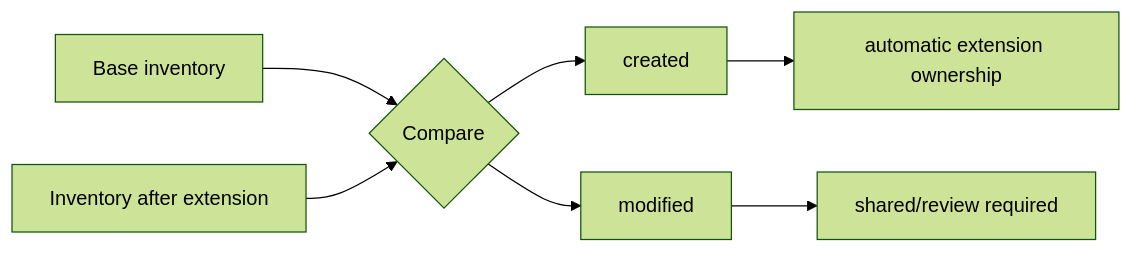
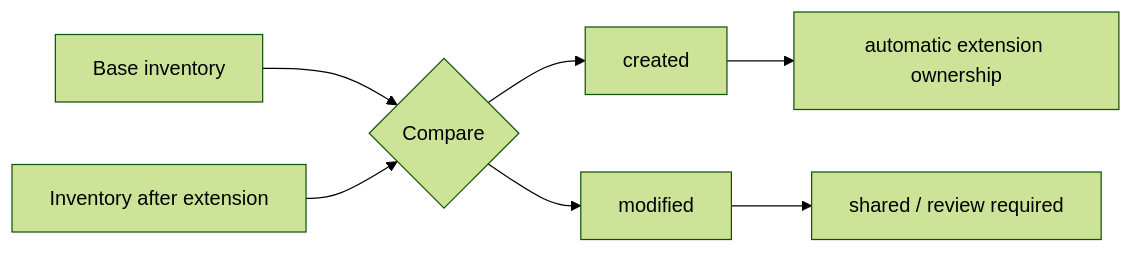
One commit to adeccscholar/BuildEngine-Admin changed the fifth of 10 diagrams in admin/server-docs/library-extensions.md. Above: the diagram before and after it, drawn with Mermaid (forest theme). The commit also changed other lines of this file, not shown here.

````diff
--- a/admin/server-docs/library-extensions.md
+++ b/admin/server-docs/library-extensions.md
@@ -227,9 +224,9 @@
 ```mermaid
 flowchart LR
     BI[Base inventory] --> D{Compare}
     EI[Inventory after extension] --> D
     D --> C[created]
     D --> M[modified]
     C --> O[automatic extension ownership]
-    M --> R[shared/review required]
+    M --> R[shared / review required]
 ```
````
